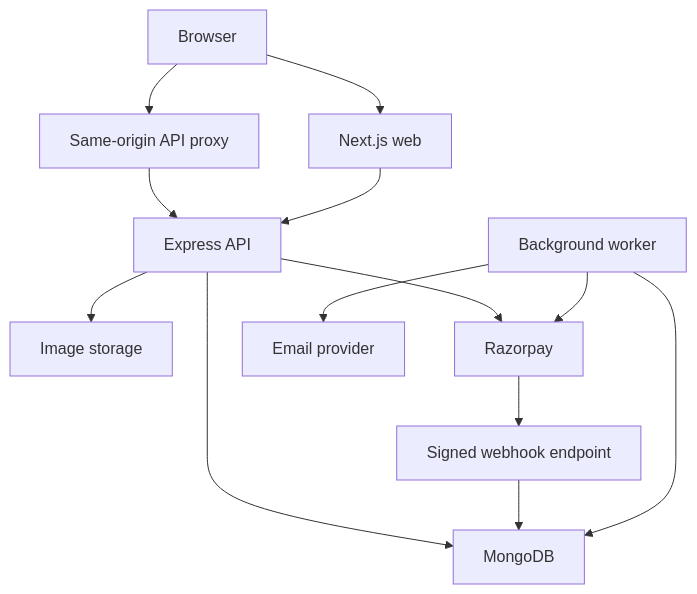
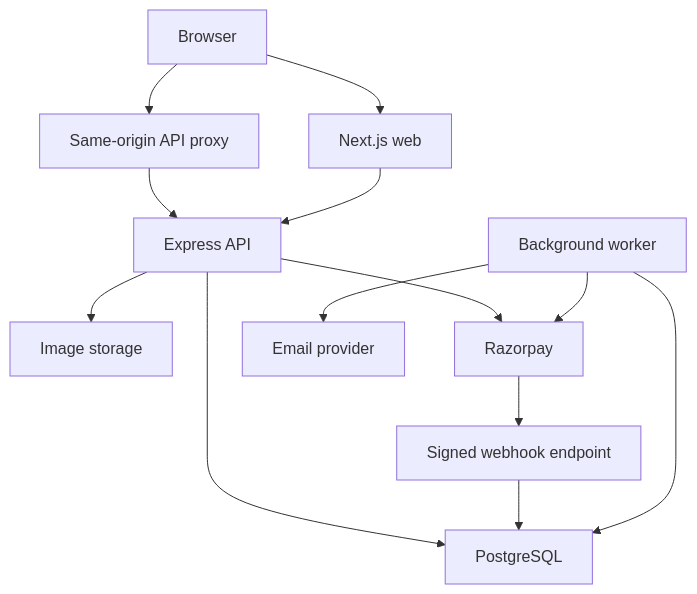
One commit to rohitx-dev/valoura-app changed the second of 3 diagrams in docs/Valoura-MVP-Complete-Guide.md. Above: the diagram before and after it, drawn with Mermaid. The commit also changed other lines of this file and 2 other files, not shown here.

Commit message:
V-01 Establish PostgreSQL project baseline(#2)

````diff
--- a/docs/Valoura-MVP-Complete-Guide.md
+++ b/docs/Valoura-MVP-Complete-Guide.md
@@ -410,15 +410,15 @@
 ```mermaid
 flowchart TD
     B[Browser] --> W[Next.js web]
     B --> P[Same-origin API proxy]
     P --> A[Express API]
     W --> A
-    A --> D[MongoDB]
+    A --> D[PostgreSQL]
     A --> C[Image storage]
     A --> R[Razorpay]
     R --> H[Signed webhook endpoint]
     H --> D
     J[Background worker] --> D
     J --> R
     J --> E[Email provider]
 ```
````
